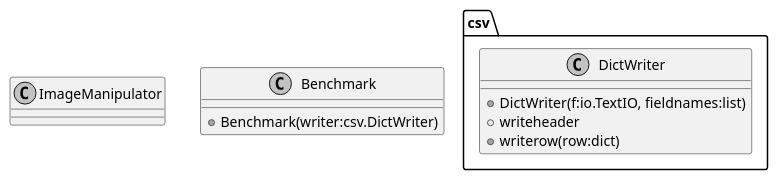
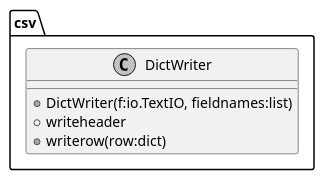
One commit to NTUA-Edge-Robotics/YoloAccuracy changed the diagram in docs/design.puml. Above: the diagram before and after it, drawn with PlantUML. The commit also changed 7 other files, not shown here.

Commit message:
Refactor the code to get a better design

```diff
--- a/docs/design.puml
+++ b/docs/design.puml
@@ -1,45 +1,36 @@
-@startuml
+@startuml design
 
 skinparam Monochrome true
 
 /'
 Steps :
 
-1. Load a raw or lossless image
+1. Load a raw or lossless image (TIFF or PNG)
 2. Resize the image (if necessary) and keep the aspect ratio
 3. Save the image as JPEG XL (JXL) according to the quality factor and the chroma subsampling
-4. Detect the objects in the saved JXL with YOLO
-5. Mesure the speed of the detection in seconds
-6. Get the predicted classes, the confidence (%) and the actual classes
-7. Save the results in a CSV file
+4. Convert the JXL to a lossless format (PNG)
+5. Detect the objects in the saved JXL with YOLO
+6. Mesure the speed of the detection in seconds
+7. Get the predicted classes, the confidence (%) and the actual classes
+8. Save the results in a CSV file
 
 Additional features : log everything in case it goes wrong
 
 Things that should be defined :
     The images we want to use
     The weights and the config files to use with YOLO (ex.: yolo and yolo-tiny)
 
 What needs to be done :
 
-Load JXL from file
 Compare the results to the actual classes
 Make a good design and integrate everything
 '/
-
-class ImageManipulator {
-    
-}
-
-class Benchmark {
-    __
-    + Benchmark(writer:csv.DictWriter)
-}
 
 class csv.DictWriter {
     __
     + DictWriter(f:io.TextIO, fieldnames:list)
     + writeheader
     + writerow(row:dict)
 }
 
 @enduml
```
